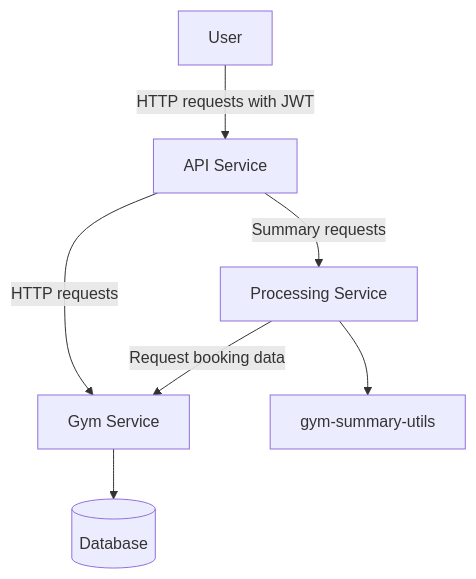
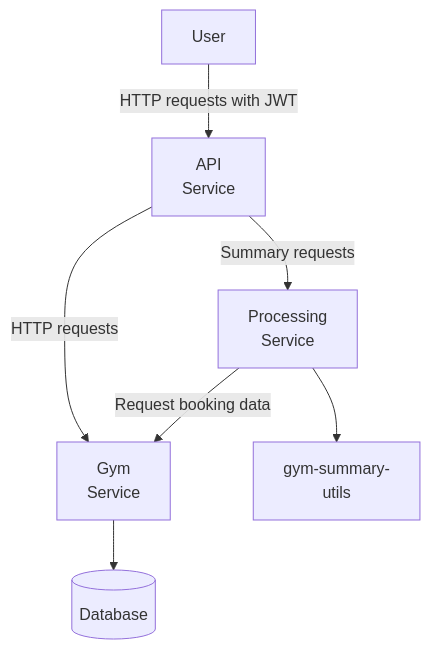
One commit to shadistaite/gym-management-system changed the first of 2 diagrams in docs/architecture.md. Above: the diagram before and after it, drawn with Mermaid. The commit also changed other lines of this file, not shown here.

Commit message:
fix diagram padding

````diff
--- a/docs/architecture.md
+++ b/docs/architecture.md
@@ -17,23 +17,16 @@
 ```mermaid
 flowchart TD
     U["User"]
-    A["API Service"]
-    G["Gym Service"]
-    P["Processing Service"]
+    A["API<br/>Service"]
+    G["Gym<br/>Service"]
+    P["Processing<br/>Service"]
     D[("Database")]
-    H["gym-summary-utils"]
+    H["gym-summary-<br/>utils"]
 
     U -->|HTTP requests with JWT| A
     A -->|HTTP requests| G
     A -->|Summary requests| P
     G --> D
     P -->|Request booking data| G
     P --> H
-
-    style U padding:20px
-    style A padding:30px
-    style G padding:30px
-    style P padding:30px
-    style D padding:20px
-    style H padding:20px
 ```
````
